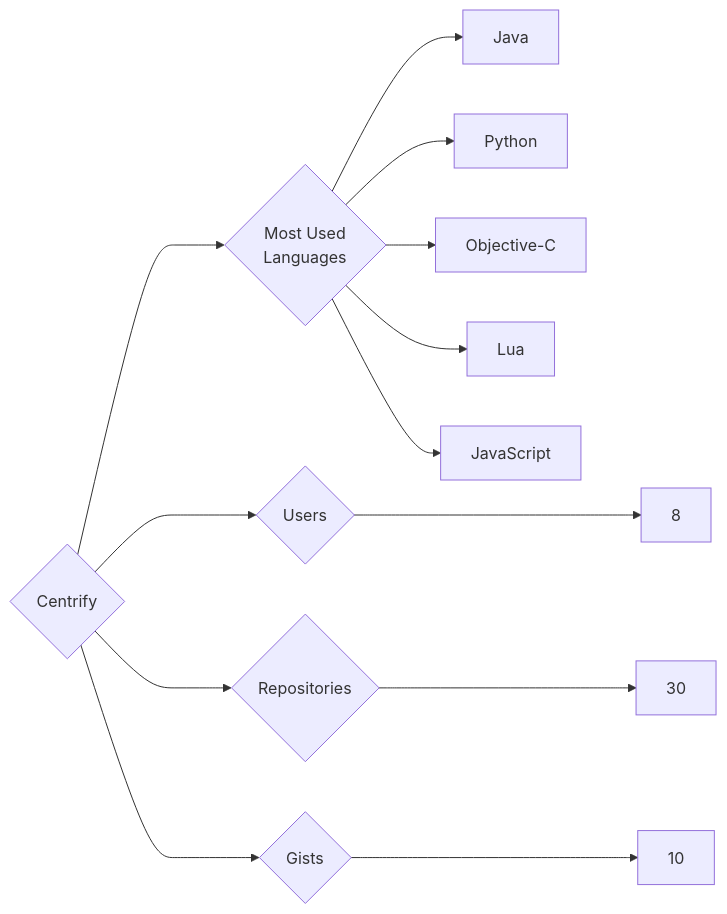
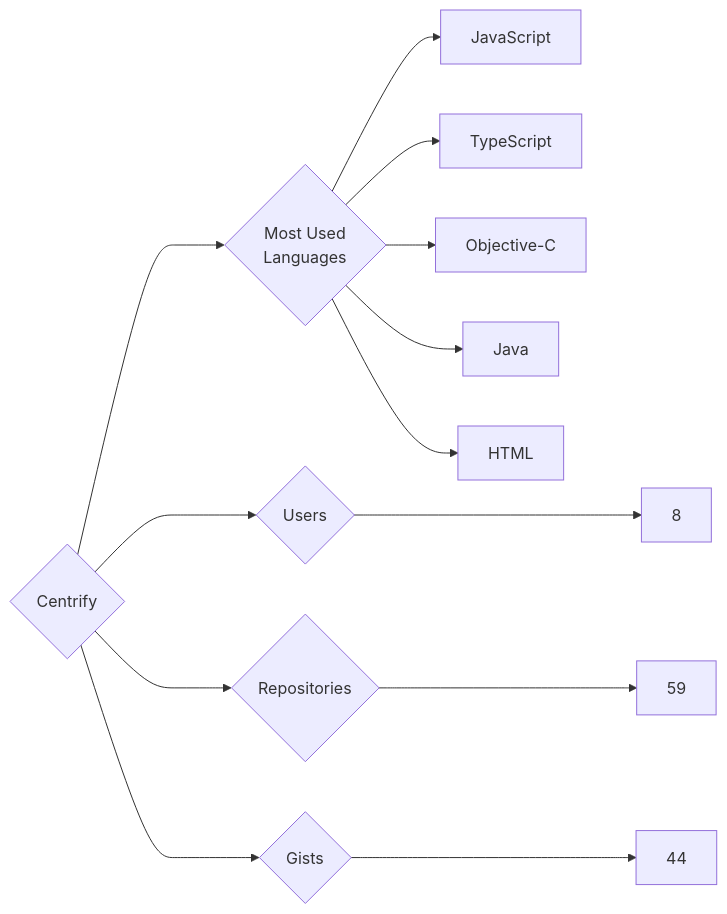
The diagram in targets/Centrify/README.md (trickest/insiders), drawn with Mermaid before and after one commit. The commit also changed 1212 other files, not shown here.

````diff
--- a/targets/Centrify/README.md
+++ b/targets/Centrify/README.md
@@ -3,13 +3,13 @@
 ```mermaid
 graph LR
 COMPANY_NAME{Centrify}
 COMPANY_NAME ---> U{Users} ---> UN[8]
-COMPANY_NAME ---> R{Repositories} ---> RN[30]
-COMPANY_NAME ---> G{Gists} ---> GN[10]
+COMPANY_NAME ---> R{Repositories} ---> RN[59]
+COMPANY_NAME ---> G{Gists} ---> GN[44]
 COMPANY_NAME ---> ML{Most Used<br>Languages}
+ML --> JavaScript[JavaScript]
+ML --> TypeScript[TypeScript]
+ML --> Objective-C[Objective-C]
 ML --> Java[Java]
-ML --> Python[Python]
-ML --> Objective-C[Objective-C]
-ML --> Lua[Lua]
-ML --> JavaScript[JavaScript]
+ML --> HTML[HTML]
 ```
````
